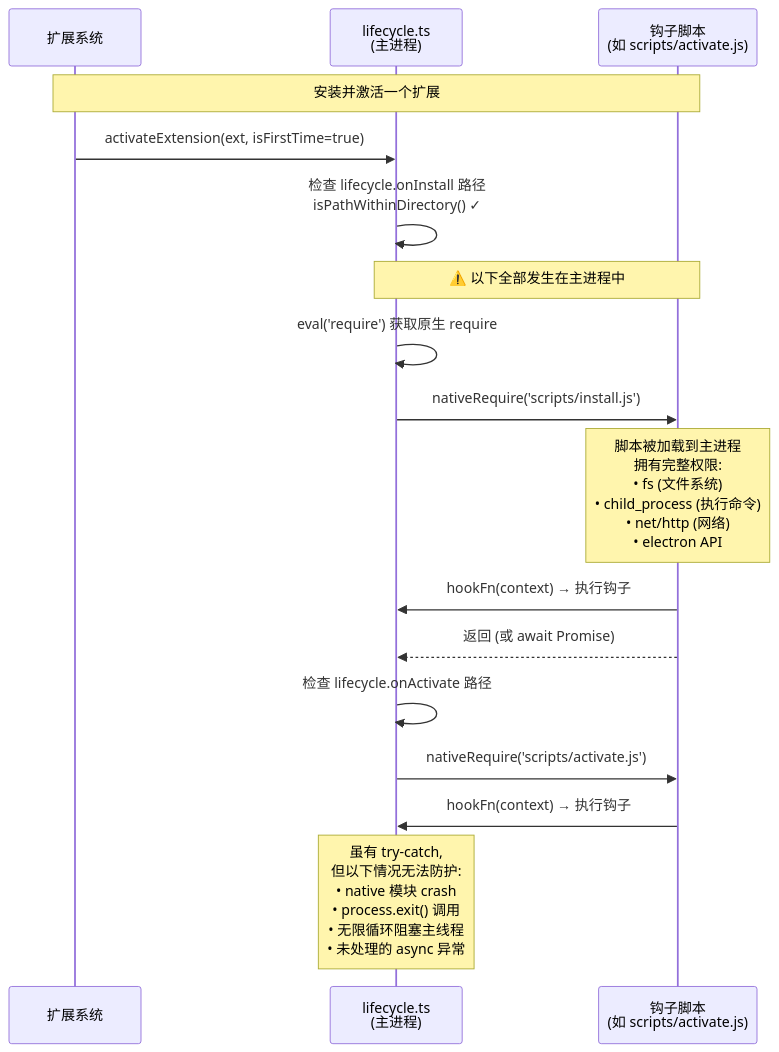
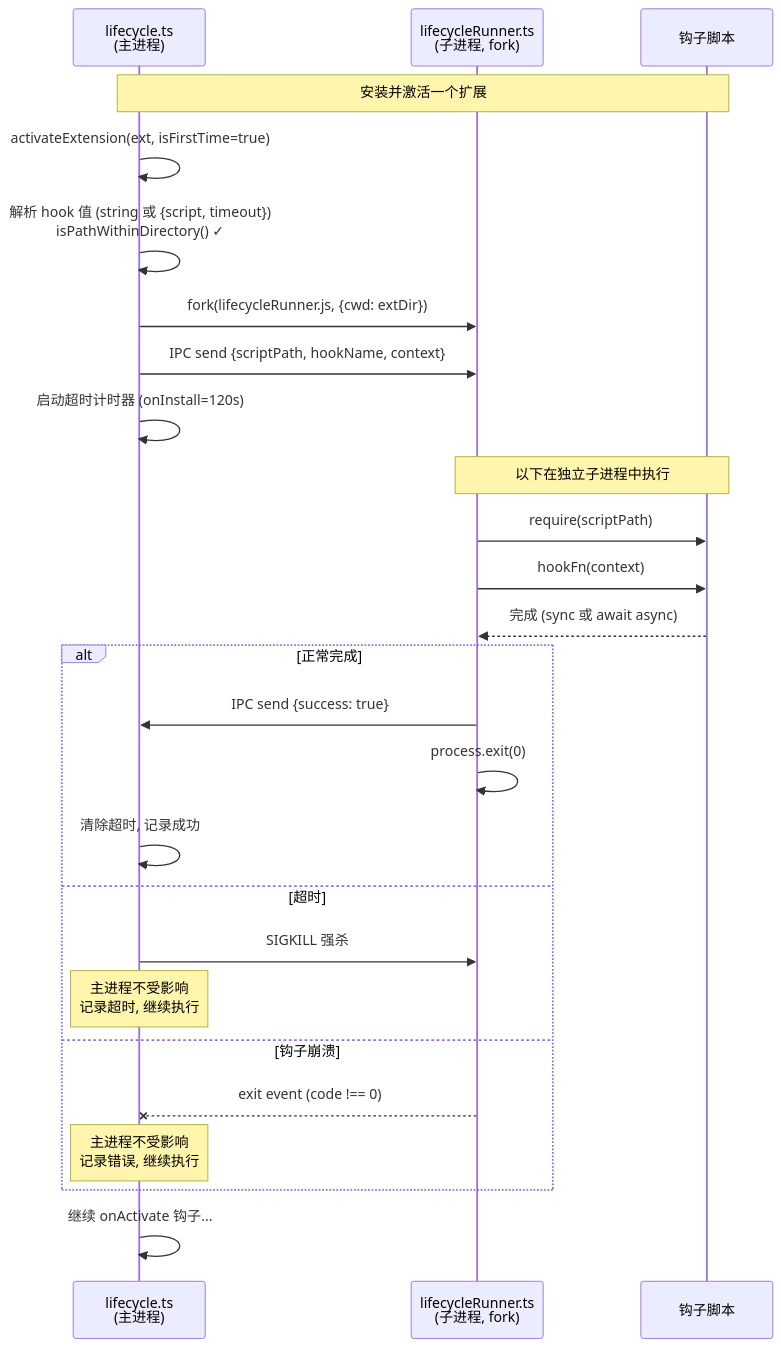
One commit to iOfficeAI/AionUi changed the sixth of 8 diagrams in docs/feature/extension-market/research/sandbox-architecture.md. Above: the diagram before and after it, drawn with Mermaid. The commit also changed other lines of this file and 65 other files, not shown here.

First line of the commit message:
feat(hub): implement Agent Hub for extension discovery, installation, and lifecycle management (#2066)

````diff
--- a/docs/feature/extension-market/research/sandbox-architecture.md
+++ b/docs/feature/extension-market/research/sandbox-architecture.md
@@ -220,27 +222,37 @@
 ```mermaid
 sequenceDiagram
-  participant Sys as 扩展系统
+
   participant LC as lifecycle.ts<br/>(主进程)
-  participant Script as 钩子脚本<br/>(如 scripts/activate.js)
+  participant Runner as lifecycleRunner.ts<br/>(子进程, fork)
+  participant Script as 钩子脚本
 
-  Note over Sys,Script: 安装并激活一个扩展
+  Note over LC,Script: 安装并激活一个扩展
 
-  Sys->>LC: activateExtension(ext, isFirstTime=true)
+  LC->>LC: activateExtension(ext, isFirstTime=true)
 
-  LC->>LC: 检查 lifecycle.onInstall 路径<br/>isPathWithinDirectory() ✓
+  LC->>LC: 解析 hook 值 (string 或 {script, timeout})<br/>isPathWithinDirectory() ✓
 
-  Note over LC,Script: ⚠️ 以下全部发生在主进程中
+  LC->>Runner: fork(lifecycleRunner.js, {cwd: extDir})
+  LC->>Runner: IPC send {scriptPath, hookName, context}
+  LC->>LC: 启动超时计时器 (onInstall=120s)
 
-  LC->>LC: eval('require') 获取原生 require
-  LC->>Script: nativeRequire('scripts/install.js')
-  Note over Script: 脚本被加载到主进程<br/>拥有完整权限:<br/>• fs (文件系统)<br/>• child_process (执行命令)<br/>• net/http (网络)<br/>• electron API
+  Note over Runner,Script: 以下在独立子进程中执行
 
-  Script->>LC: hookFn(context) → 执行钩子
-  Script-->>LC: 返回 (或 await Promise)
+  Runner->>Script: require(scriptPath)
+  Runner->>Script: hookFn(context)
+  Script-->>Runner: 完成 (sync 或 await async)
 
-  LC->>LC: 检查 lifecycle.onActivate 路径
-  LC->>Script: nativeRequire('scripts/activate.js')
-  Script->>LC: hookFn(context) → 执行钩子
+  alt 正常完成
+    Runner->>LC: IPC send {success: true}
+    Runner->>Runner: process.exit(0)
+    LC->>LC: 清除超时, 记录成功
+  else 超时
+    LC->>Runner: SIGKILL 强杀
+    Note over LC: 主进程不受影响<br/>记录超时, 继续执行
+  else 钩子崩溃
+    Runner--xLC: exit event (code !== 0)
+    Note over LC: 主进程不受影响<br/>记录错误, 继续执行
+  end
 
-  Note over LC: 虽有 try-catch,<br/>但以下情况无法防护:<br/>• native 模块 crash<br/>• process.exit() 调用<br/>• 无限循环阻塞主线程<br/>• 未处理的 async 异常
+  LC->>LC: 继续 onActivate 钩子...
 ```
````
